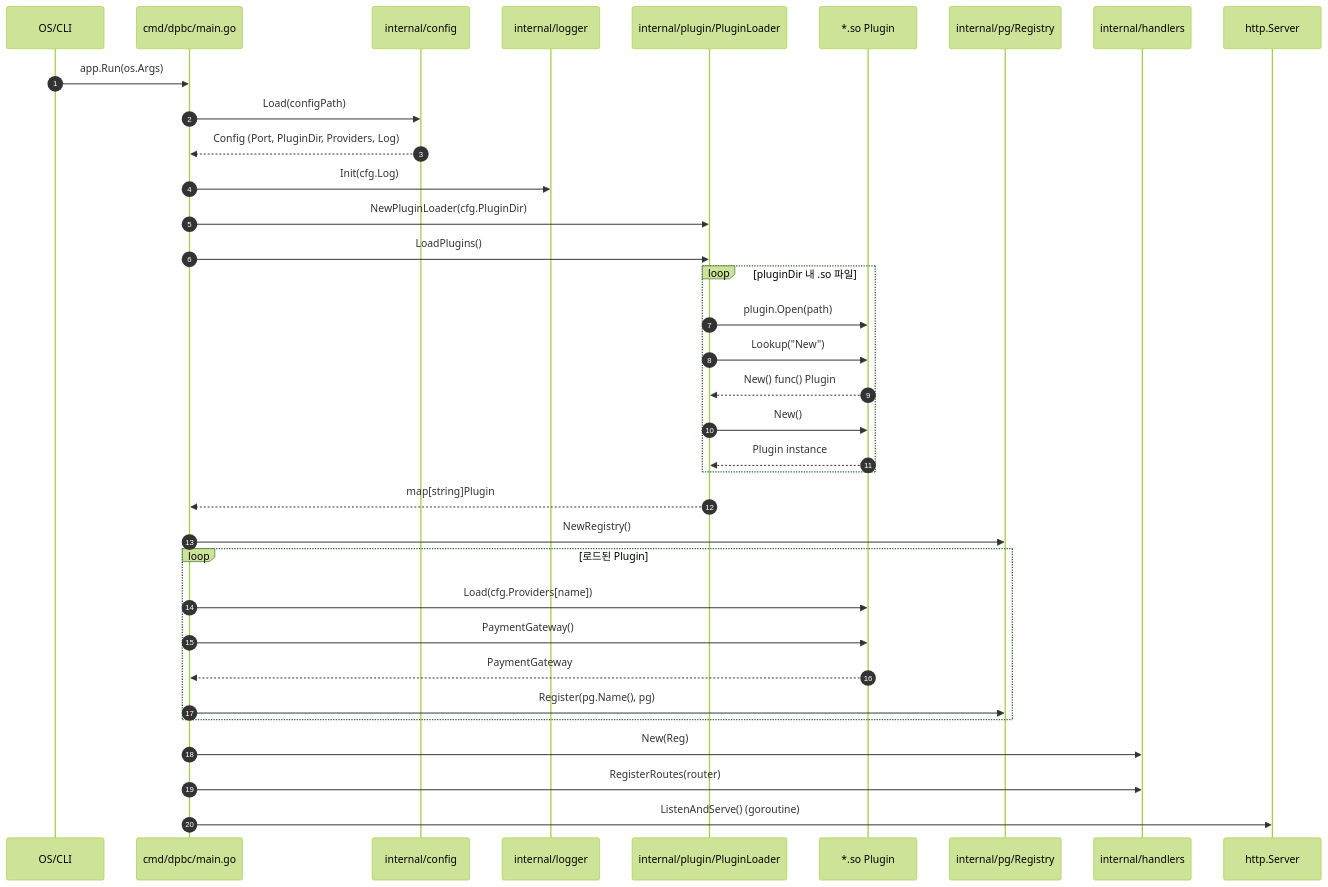
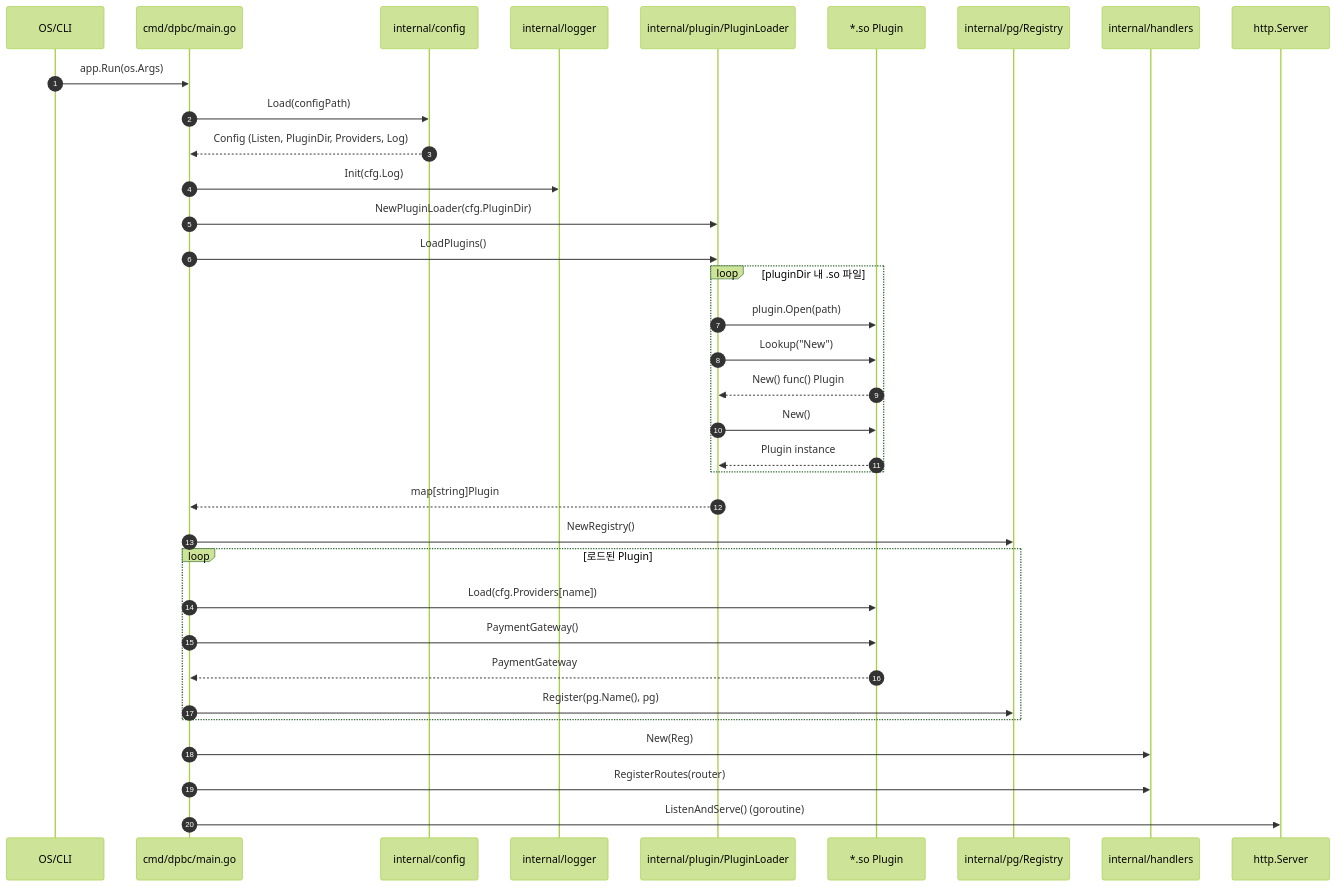
Before and after one commit to dracocity/draco-payment-bridge-core: the first of 3 diagrams in docs/flow.md, drawn with Mermaid (forest theme). The commit also changed other lines of this file and 1 other file, not shown here.

Commit message:
docs: align README and flow docs with current API (#13)

````diff
--- a/docs/flow.md
+++ b/docs/flow.md
@@ -5,41 +5,41 @@
 ```mermaid
 sequenceDiagram
     autonumber
     participant OS as OS/CLI
     participant Main as cmd/dpbc/main.go
     participant Cfg as internal/config
     participant Log as internal/logger
     participant Loader as internal/plugin/PluginLoader
     participant So as *.so Plugin
     participant Reg as internal/pg/Registry
     participant H as internal/handlers
     participant HTTP as http.Server
 
     OS->>Main: app.Run(os.Args)
     Main->>Cfg: Load(configPath)
-    Cfg-->>Main: Config (Port, PluginDir, Providers, Log)
+    Cfg-->>Main: Config (Listen, PluginDir, Providers, Log)
     Main->>Log: Init(cfg.Log)
 
     Main->>Loader: NewPluginLoader(cfg.PluginDir)
     Main->>Loader: LoadPlugins()
     loop pluginDir 내 .so 파일
         Loader->>So: plugin.Open(path)
         Loader->>So: Lookup("New")
         So-->>Loader: New() func() Plugin
         Loader->>So: New()
         So-->>Loader: Plugin instance
     end
     Loader-->>Main: map[string]Plugin
 
     Main->>Reg: NewRegistry()
     loop 로드된 Plugin
         Main->>So: Load(cfg.Providers[name])
         Main->>So: PaymentGateway()
         So-->>Main: PaymentGateway
         Main->>Reg: Register(pg.Name(), pg)
     end
 
     Main->>H: New(Reg)
     Main->>H: RegisterRoutes(router)
     Main->>HTTP: ListenAndServe() (goroutine)
 ```
````
